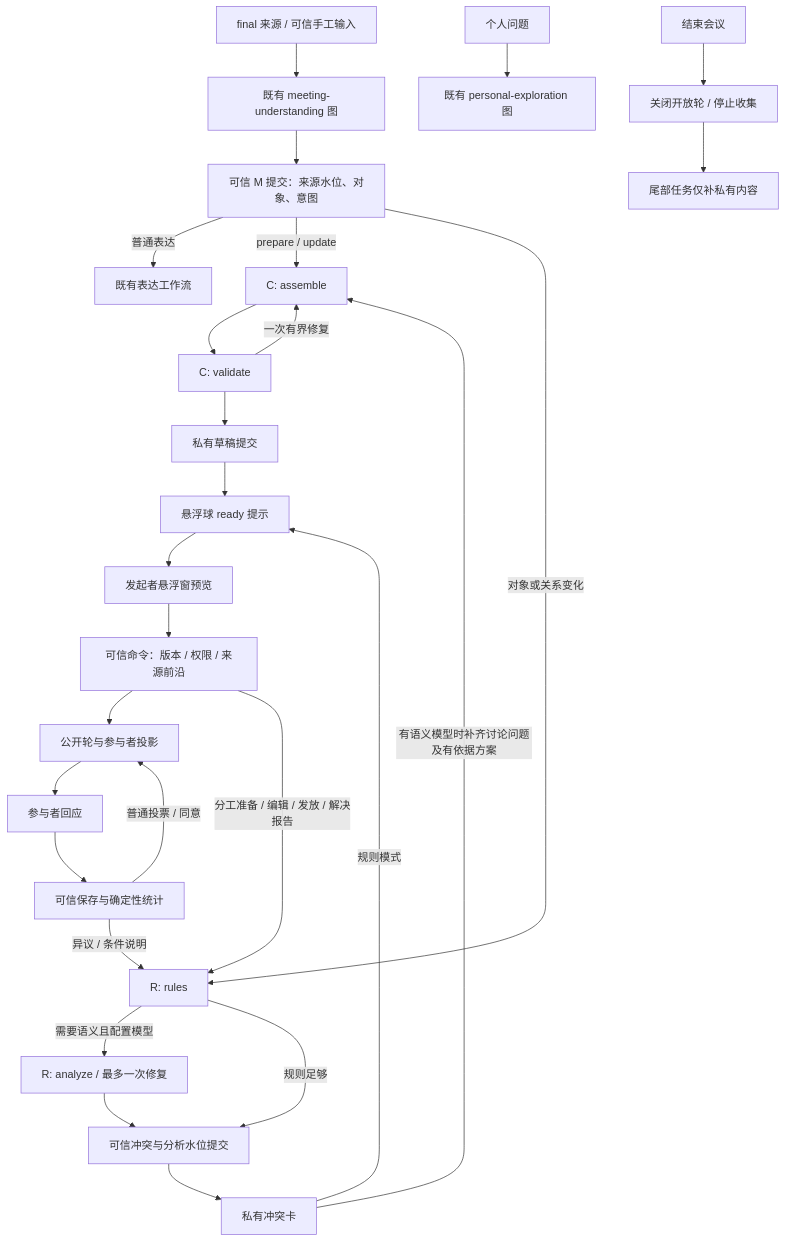
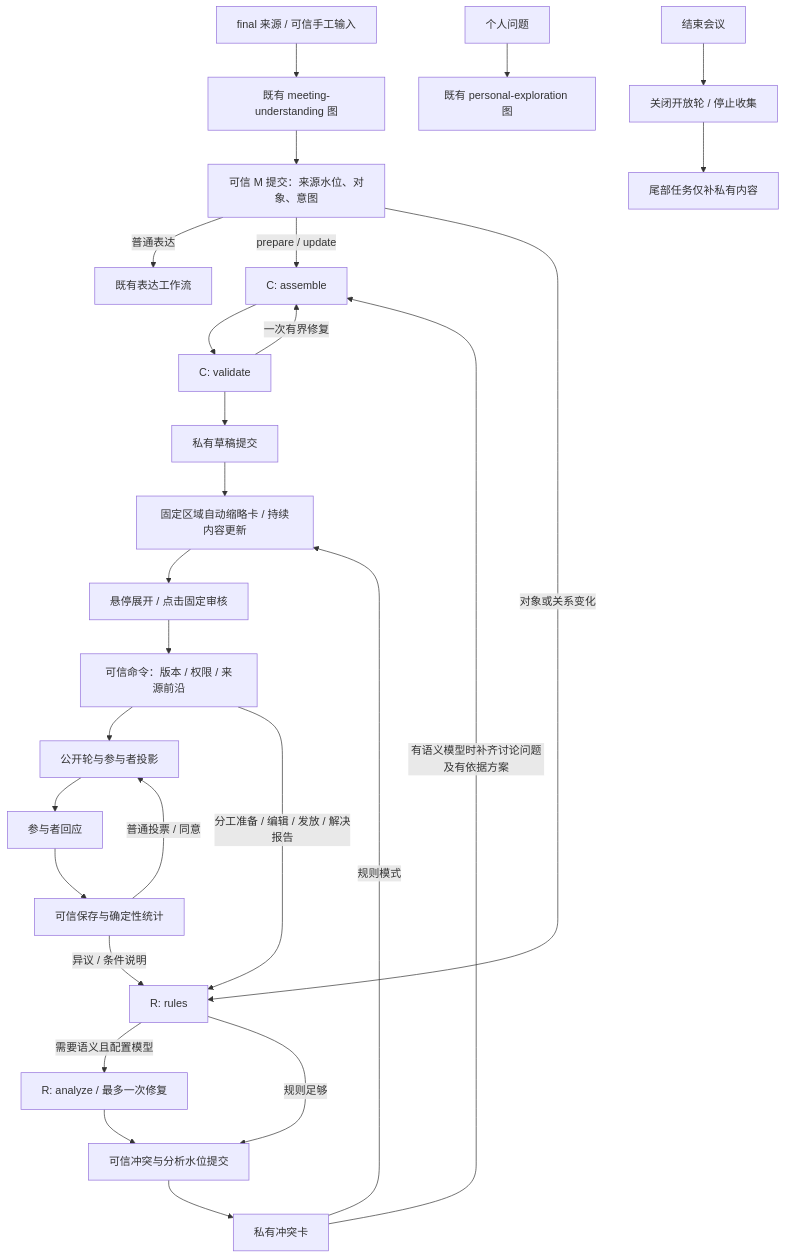
The diagram in docs/collaboration-v1-runtime.md (Jeffreyliu0131/meeting-agent), drawn with Mermaid before and after one commit. The commit also changed other lines of this file and 24 other files, not shown here.

````diff
--- a/docs/collaboration-v1-runtime.md
+++ b/docs/collaboration-v1-runtime.md
@@ -17,29 +17,29 @@
 ```mermaid
 flowchart TD
   S[final 来源 / 可信手工输入] --> M[既有 meeting-understanding 图]
   M --> MC[可信 M 提交：来源水位、对象、意图]
   MC -->|普通表达| X[既有表达工作流]
   MC -->|prepare / update| C1[C: assemble]
   C1 --> C2[C: validate]
   C2 -->|一次有界修复| C1
   C2 --> CS[私有草稿提交]
-  CS --> B[悬浮球 ready 提示]
-  B --> H[发起者悬浮窗预览]
+  CS --> B[固定区域自动缩略卡 / 持续内容更新]
+  B --> H[悬停展开 / 点击固定审核]
   H --> A[可信命令：版本 / 权限 / 来源前沿]
   A --> P[公开轮与参与者投影]
   P --> U[参与者回应]
   U --> T[可信保存与确定性统计]
   T -->|普通投票 / 同意| P
   T -->|异议 / 条件说明| R1[R: rules]
   MC -->|对象或关系变化| R1
   A -->|分工准备 / 编辑 / 发放 / 解决报告| R1
   R1 -->|需要语义且配置模型| R2[R: analyze / 最多一次修复]
   R1 -->|规则足够| RC[可信冲突与分析水位提交]
   R2 --> RC
   RC --> CC[私有冲突卡]
   CC -->|有语义模型时补齐讨论问题及有依据方案| C1
   CC -->|规则模式| B
   Q[个人问题] --> PP[既有 personal-exploration 图]
   Z[结束会议] --> ZE[关闭开放轮 / 停止收集]
   ZE --> ZP[尾部任务仅补私有内容]
 ```
````
